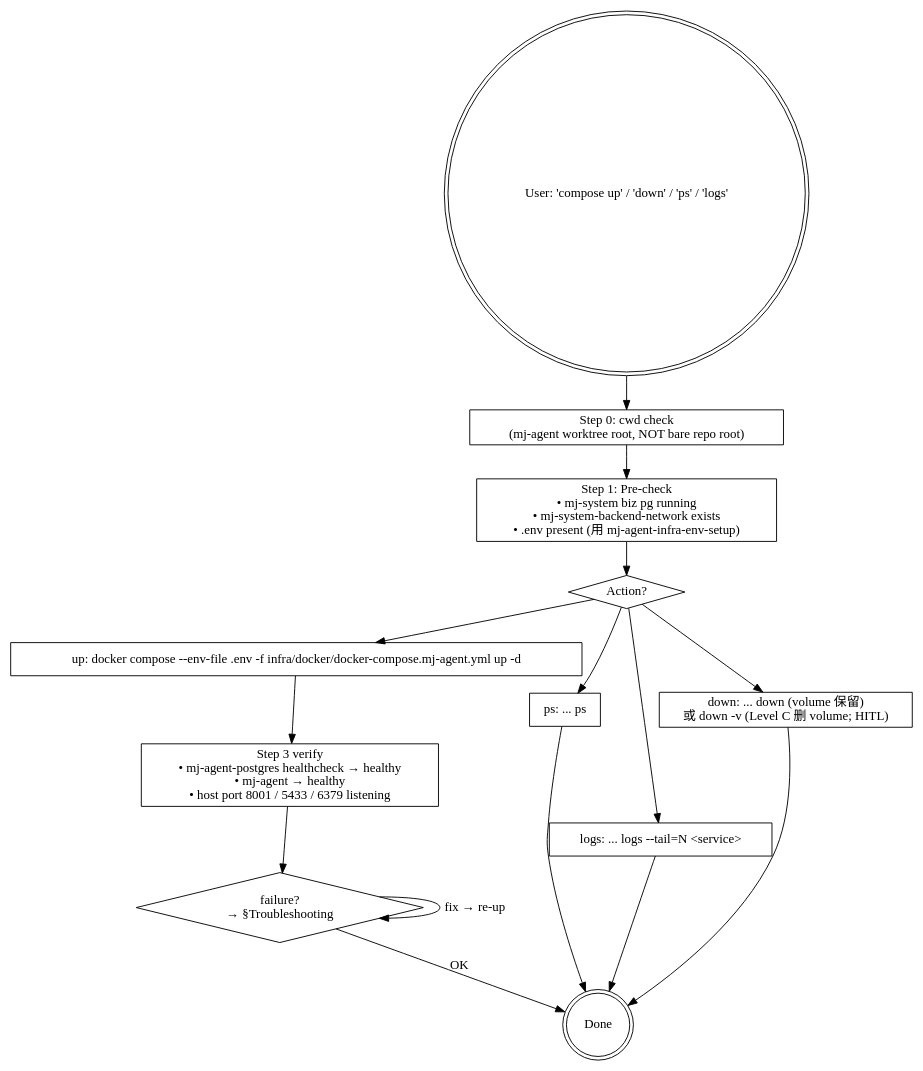
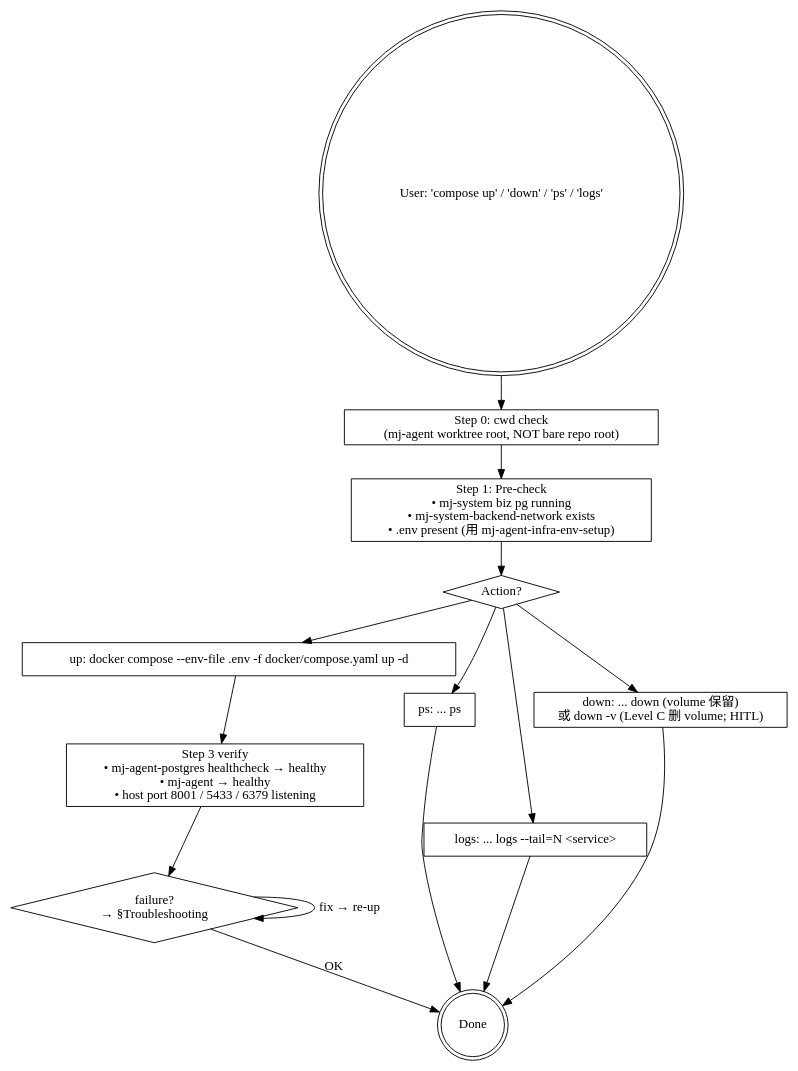
The diagram in .claude/skills/mj-agent-infra-docker-compose/SKILL.md (MJ-AgentLab/mj-agent), drawn with Graphviz before and after one commit. The commit also changed other lines of this file and 57 other files, not shown here.

````diff
--- a/.claude/skills/mj-agent-infra-docker-compose/SKILL.md
+++ b/.claude/skills/mj-agent-infra-docker-compose/SKILL.md
@@ -48,35 +48,35 @@
 ```dot
 digraph compose {
   rankdir=TB;
   start [label="User: 'compose up' / 'down' / 'ps' / 'logs'" shape=doublecircle];
 
   s0 [label="Step 0: cwd check\n(mj-agent worktree root, NOT bare repo root)" shape=box];
 
   s1 [label="Step 1: Pre-check\n• mj-system biz pg running\n• mj-system-backend-network exists\n• .env present (用 mj-agent-infra-env-setup)" shape=box];
 
   decide [label="Action?" shape=diamond];
 
-  up [label="up: docker compose --env-file .env -f infra/docker/docker-compose.mj-agent.yml up -d" shape=box];
+  up [label="up: docker compose --env-file .env -f docker/compose.yaml up -d" shape=box];
   ps [label="ps: ... ps" shape=box];
   logs [label="logs: ... logs --tail=N <service>" shape=box];
   down [label="down: ... down (volume 保留)\n或 down -v (Level C 删 volume; HITL)" shape=box];
 
   verify [label="Step 3 verify\n• mj-agent-postgres healthcheck → healthy\n• mj-agent → healthy\n• host port 8001 / 5433 / 6379 listening" shape=box];
 
   trouble [label="failure?\n→ §Troubleshooting" shape=diamond];
 
   done [label="Done" shape=doublecircle];
 
   start -> s0 -> s1 -> decide;
   decide -> up;
   decide -> ps;
   decide -> logs;
   decide -> down;
   up -> verify -> trouble;
   trouble -> done [label="OK"];
   trouble -> trouble [label="fix → re-up"];
   ps -> done;
   logs -> done;
   down -> done;
 }
 ```
````
